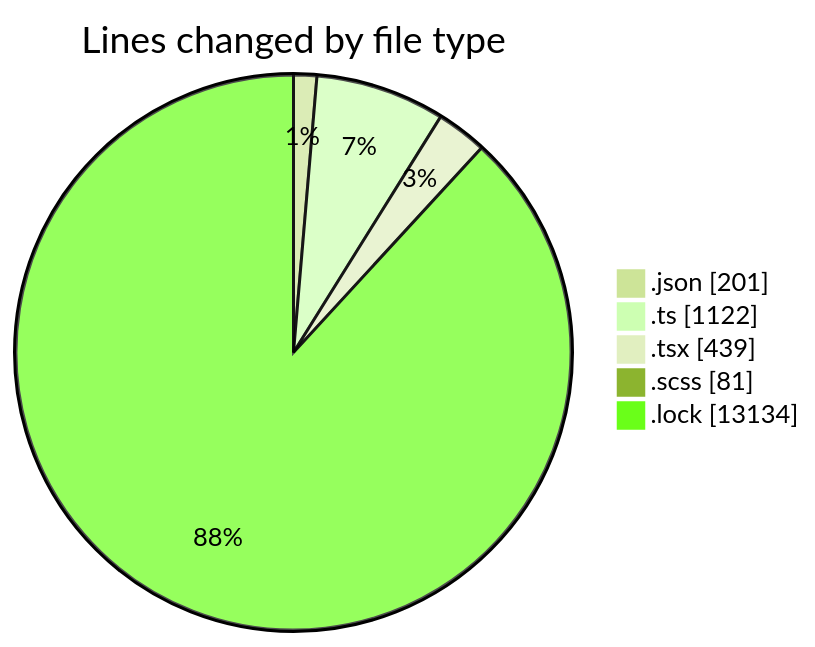
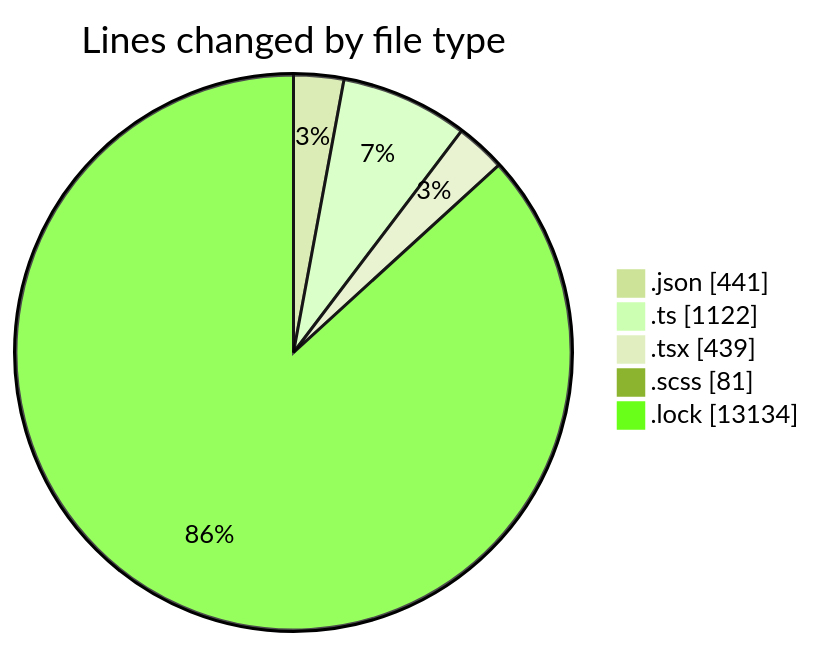
The first of 2 diagrams in 2025-05-09/cda/README.md (momahboobian/code-tracking), drawn with Mermaid (forest theme) before and after one commit. The commit also changed other lines of this file and 1 other file, not shown here.

Commit message:
type(cda): Lines added in package.json files increased by 15112 (from 14872 to 15112) and total active time increased by 73 minutes (from 63 minutes to 73 minutes). Note: The  output also includes changes to the README.md file, but the commit message only mentions changes to package.json files.

````diff
--- a/2025-05-09/cda/README.md
+++ b/2025-05-09/cda/README.md
@@ -29,9 +32,9 @@
 ```mermaid
 pie showData
 title Lines changed by file type
-".json" : 201
+".json" : 441
 ".ts" : 1122
 ".tsx" : 439
 ".scss" : 81
 ".lock" : 13134
 ```
````
